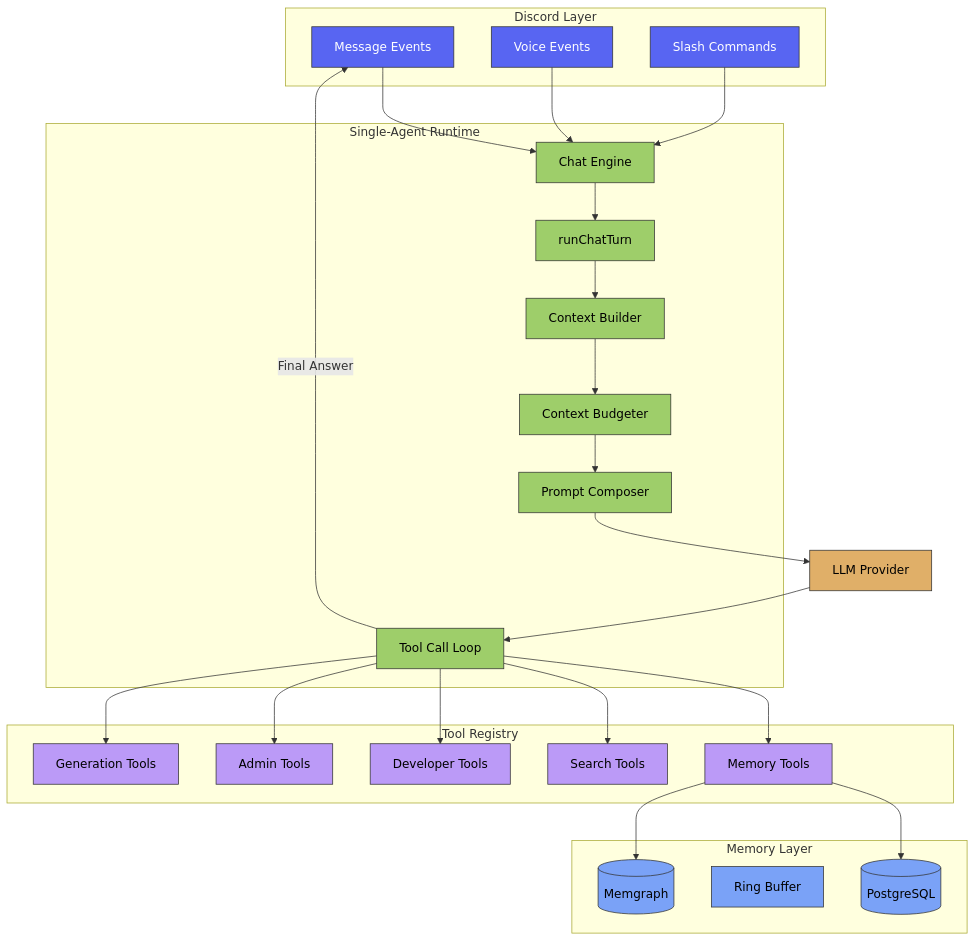
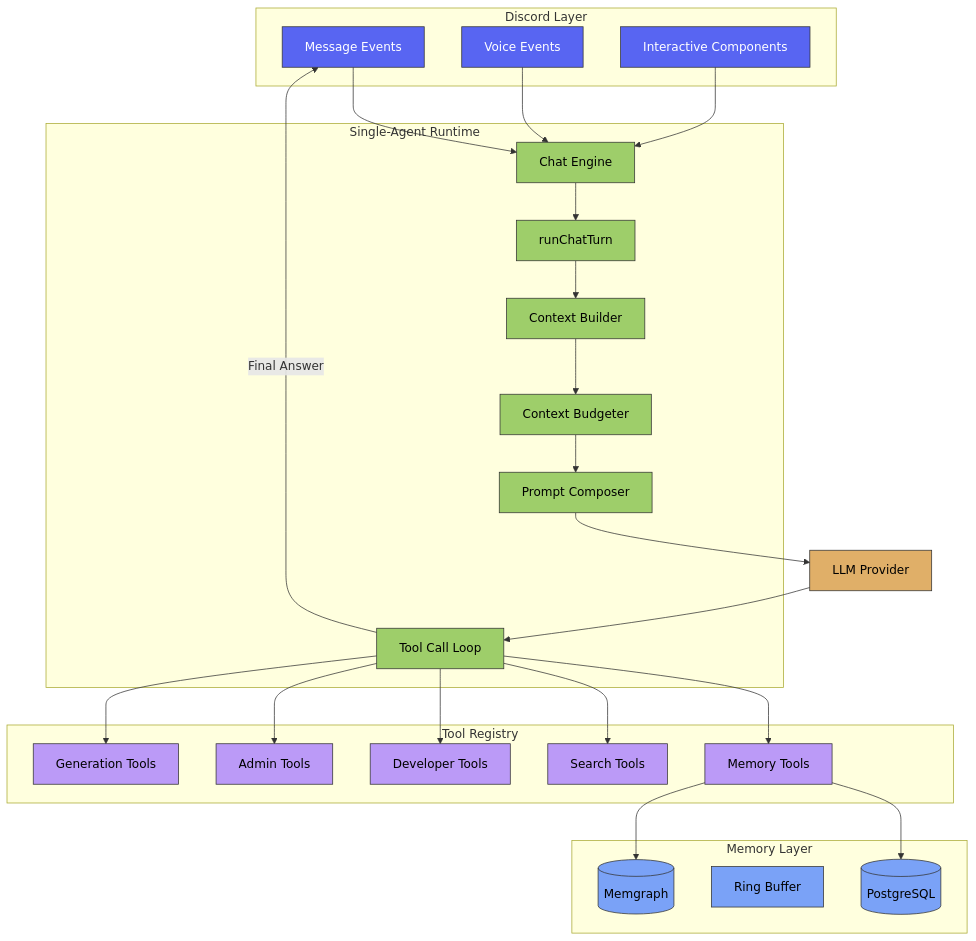
Before and after one commit to BokX1/Sage: the first of 2 diagrams in docs/architecture/OVERVIEW.md, drawn with Mermaid. The commit also changed other lines of this file and 80 other files, not shown here.

````diff
--- a/docs/architecture/OVERVIEW.md
+++ b/docs/architecture/OVERVIEW.md
@@ -42,47 +42,47 @@
 ```mermaid
 flowchart TD
     classDef discord fill:#5865f2,stroke:#333,color:white
     classDef runtime fill:#9ECE6A,stroke:#333,color:black
     classDef memory fill:#7AA2F7,stroke:#333,color:black
     classDef tools fill:#BB9AF7,stroke:#333,color:black
     classDef llm fill:#E0AF68,stroke:#333,color:black
 
     subgraph Discord["Discord Layer"]
         ME[Message Events]:::discord
         VE[Voice Events]:::discord
-        SC[Slash Commands]:::discord
+        IC[Interactive Components]:::discord
     end
 
     subgraph Runtime["Single-Agent Runtime"]
         CE[Chat Engine]:::runtime
         RT[runChatTurn]:::runtime
         CB[Context Builder]:::runtime
         BG[Context Budgeter]:::runtime
         PC[Prompt Composer]:::runtime
         TL[Tool Call Loop]:::runtime
     end
 
     subgraph Memory["Memory Layer"]
         PG[(PostgreSQL)]:::memory
         RB[Ring Buffer]:::memory
         MG[(Memgraph)]:::memory
     end
 
     subgraph Tools["Tool Registry"]
         MT[Memory Tools]:::tools
         ST[Search Tools]:::tools
         DT[Developer Tools]:::tools
         AT[Admin Tools]:::tools
         GT[Generation Tools]:::tools
     end
 
     ME --> CE --> RT
     VE --> CE
-    SC --> CE
+    IC --> CE
     RT --> CB --> BG
     BG --> PC --> LLM[LLM Provider]:::llm
     LLM --> TL
     TL --> MT & ST & DT & AT & GT
     MT --> PG & MG
     TL -->|"Final Answer"| ME
 ```
````
